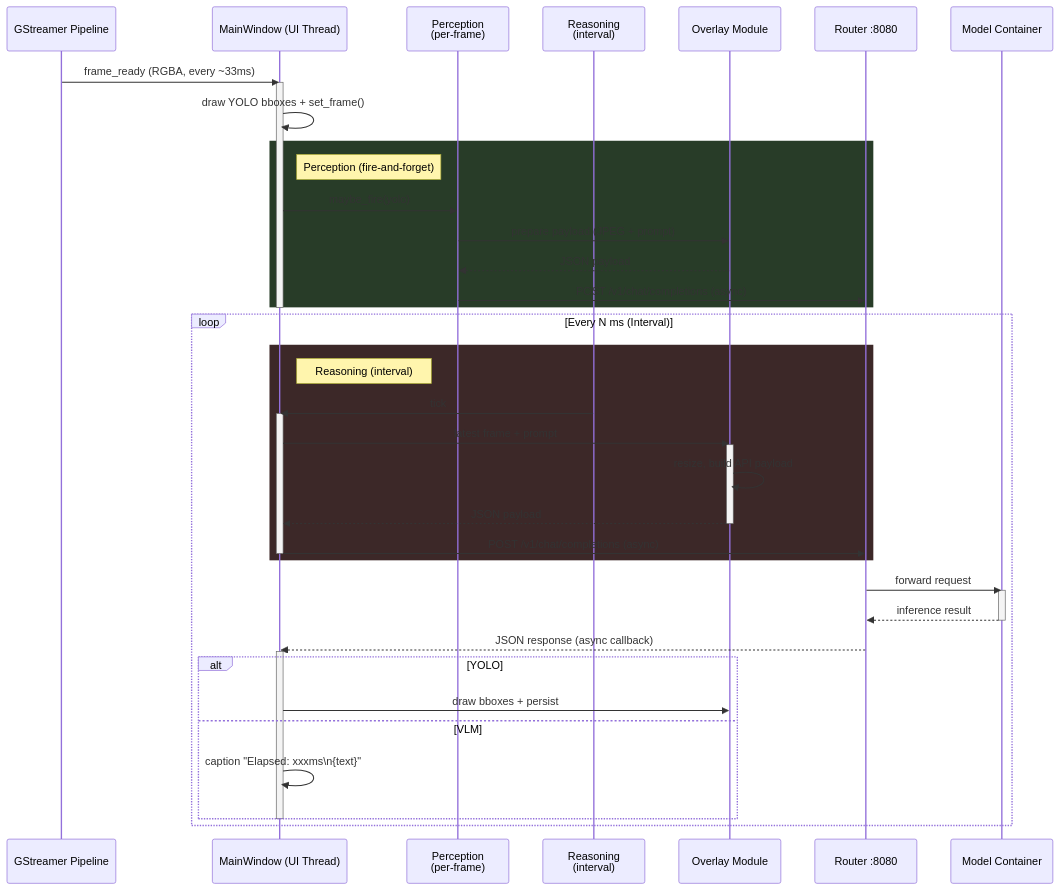
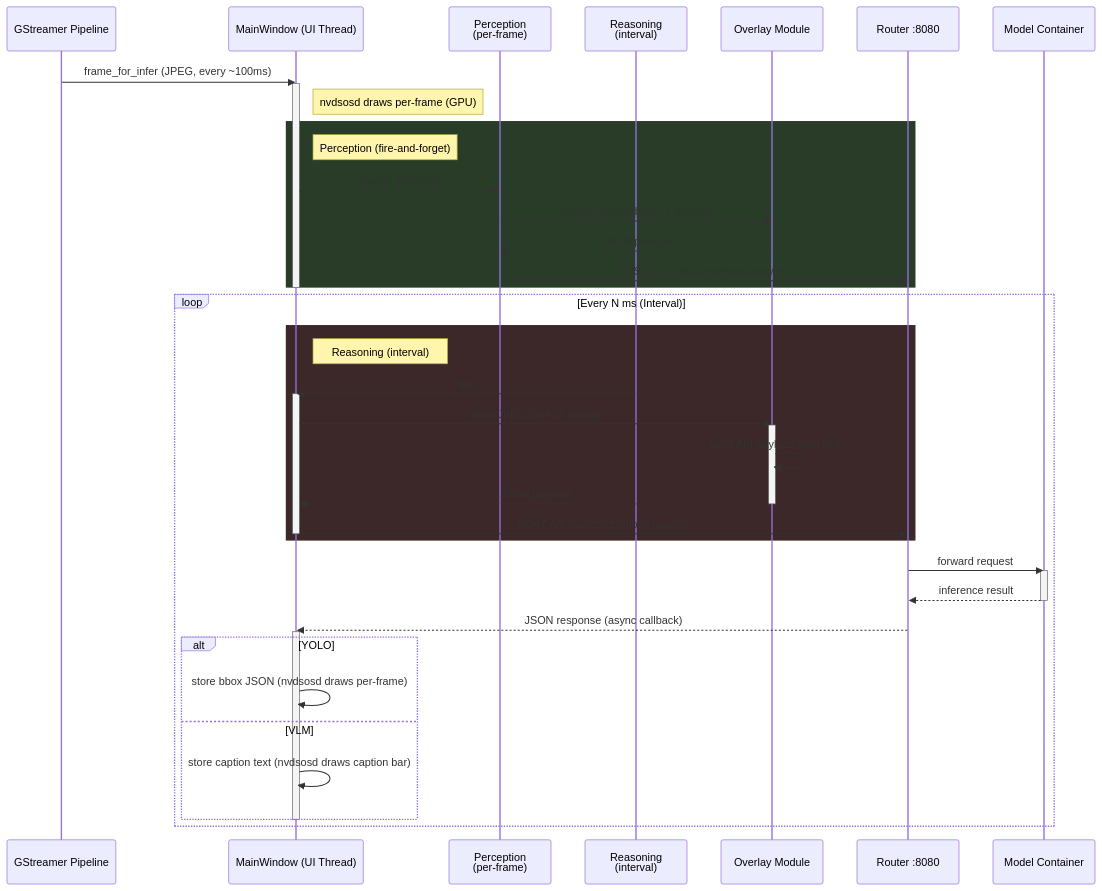
One commit to ccbruce0812/nikko-vlm-webui changed the fourth of 4 diagrams in pyside6-gui.md. Above: the diagram before and after it, drawn with Mermaid. The commit also changed other lines of this file and 1 other file, not shown here.

````diff
--- a/pyside6-gui.md
+++ b/pyside6-gui.md
@@ -353,51 +348,51 @@
 ```mermaid
 sequenceDiagram
     participant GST as GStreamer Pipeline
     participant UI as MainWindow (UI Thread)
     participant PTimer as Perception<br/>(per-frame)
     participant RTimer as Reasoning<br/>(interval)
     participant Mod as Overlay Module
     participant RTR as Router :8080
     participant Backend as Model Container
 
-    GST->>UI: frame_ready (RGBA, every ~33ms)
+    GST->>UI: frame_for_infer (JPEG, every ~100ms)
     activate UI
-    UI->>UI: draw YOLO bboxes + set_frame()
+    note right of UI: nvdsosd draws per-frame (GPU)
 
     rect rgb(40, 60, 40)
         note right of UI: Perception (fire-and-forget)
         UI->>PTimer: maybe_fire(yolo)
-        PTimer->>Mod: prepare payload (JPEG + prompt)
+        PTimer->>Mod: prepare payload (b64 + prompt)
         Mod-->>PTimer: JSON payload
         PTimer->>RTR: POST /v1/chat/completions (async)
     end
     deactivate UI
 
     loop Every N ms (Interval)
         rect rgb(60, 40, 40)
             note right of UI: Reasoning (interval)
             RTimer->>UI: tick
             activate UI
-            UI->>Mod: latest frame + prompt
+            UI->>Mod: latest JPEG (b64) + prompt
             activate Mod
-            Mod->>Mod: resize, build API payload
+            Mod->>Mod: build API payload from b64
             Mod-->>UI: JSON payload
             deactivate Mod
             UI->>RTR: POST /v1/chat/completions (async)
             deactivate UI
         end
 
         RTR->>Backend: forward request
         activate Backend
         Backend-->>RTR: inference result
         deactivate Backend
         RTR-->>UI: JSON response (async callback)
         activate UI
         alt YOLO
-            UI->>Mod: draw bboxes + persist
+            UI->>UI: store bbox JSON (nvdsosd draws per-frame)
         else VLM
-            UI->>UI: caption "Elapsed: xxxms\n{text}"
+            UI->>UI: store caption text (nvdsosd draws caption bar)
         end
         deactivate UI
     end
 ```
````
